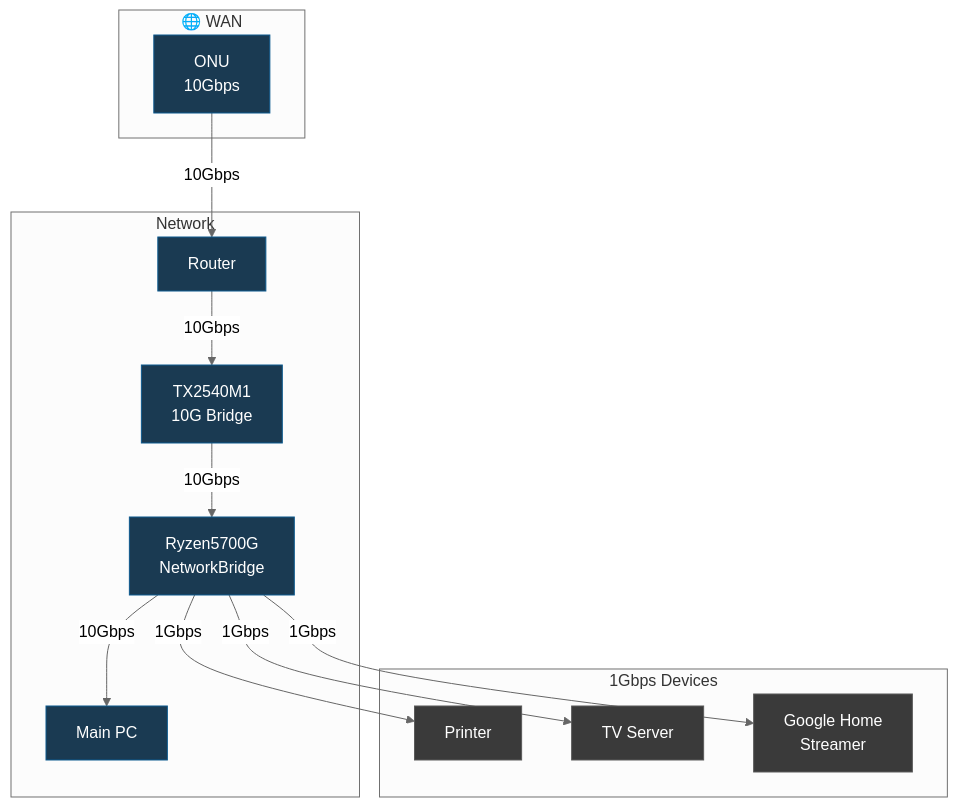
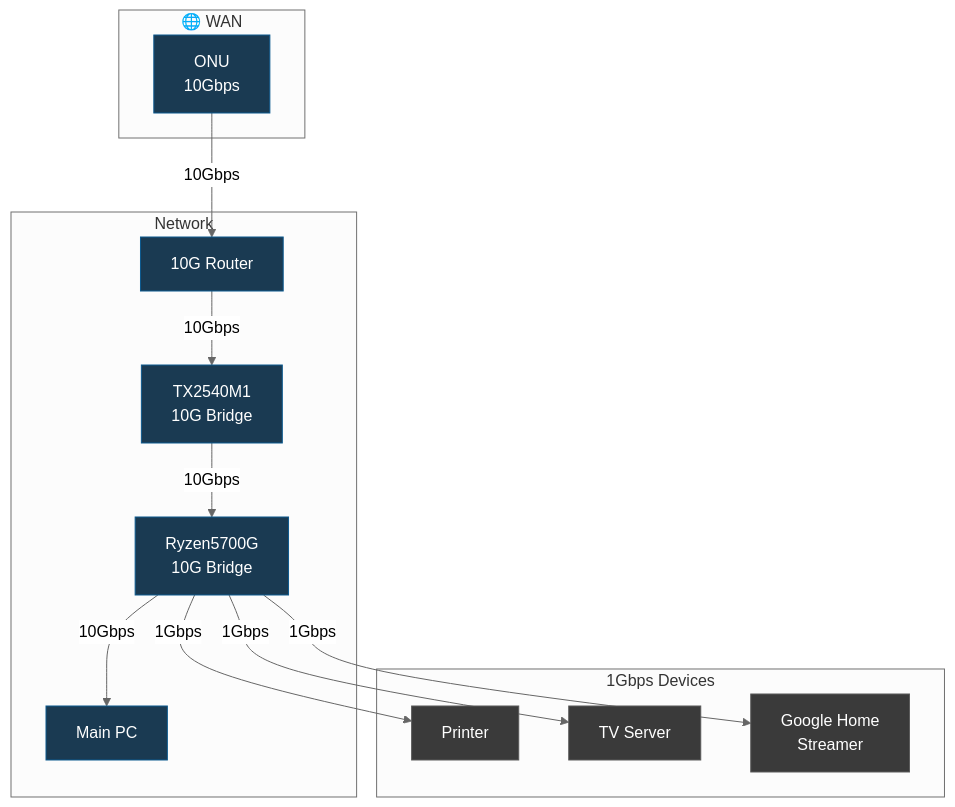
Before and after one commit to Tagomori0211/tagomori-homelab: the diagram in README.md, drawn with Mermaid (neutral theme). The commit also changed other lines of this file, not shown here.

````diff
--- a/README.md
+++ b/README.md
@@ -49,34 +77,34 @@
 ```mermaid
 flowchart TB
     subgraph WAN["🌐 WAN"]
         D["ONU<br/>10Gbps"]
     end
     
     subgraph Network["Network"]
-        E["Router"]
+        E["10G Router"]
         A["TX2540M1<br>10G Bridge"]
-        B["Ryzen5700G<br>NetworkBridge"]
+        B["Ryzen5700G<br>10G Bridge"]
         C["Main PC"]
     end
     
     subgraph Peripherals["1Gbps Devices"]
         F["Printer"]
         G["TV Server"]
         H["Google Home<br/>Streamer"]
     end
     
     D -->|10Gbps| E
     E -->|10Gbps| A
     A -->|10Gbps| B
     B -->|10Gbps| C
     
     B -->|1Gbps| F
     B -->|1Gbps| G
     B -->|1Gbps| H
     
     classDef dark_blue fill:#1a3a52,stroke:#0d5a8f,color:#fff
     classDef dark_gray fill:#3a3a3a,stroke:#5a5a5a,color:#fff
     
     class D,E,A,B,C dark_blue
     class F,G,H dark_gray
 ```
````
